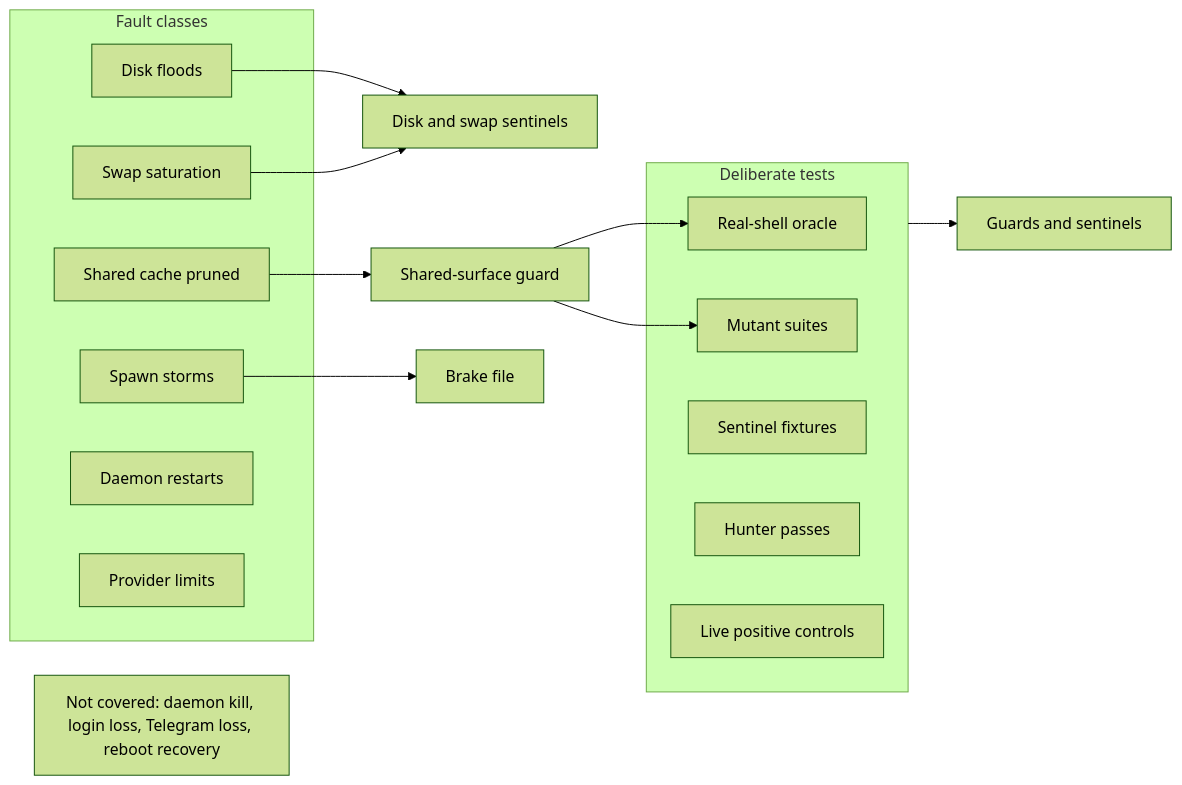
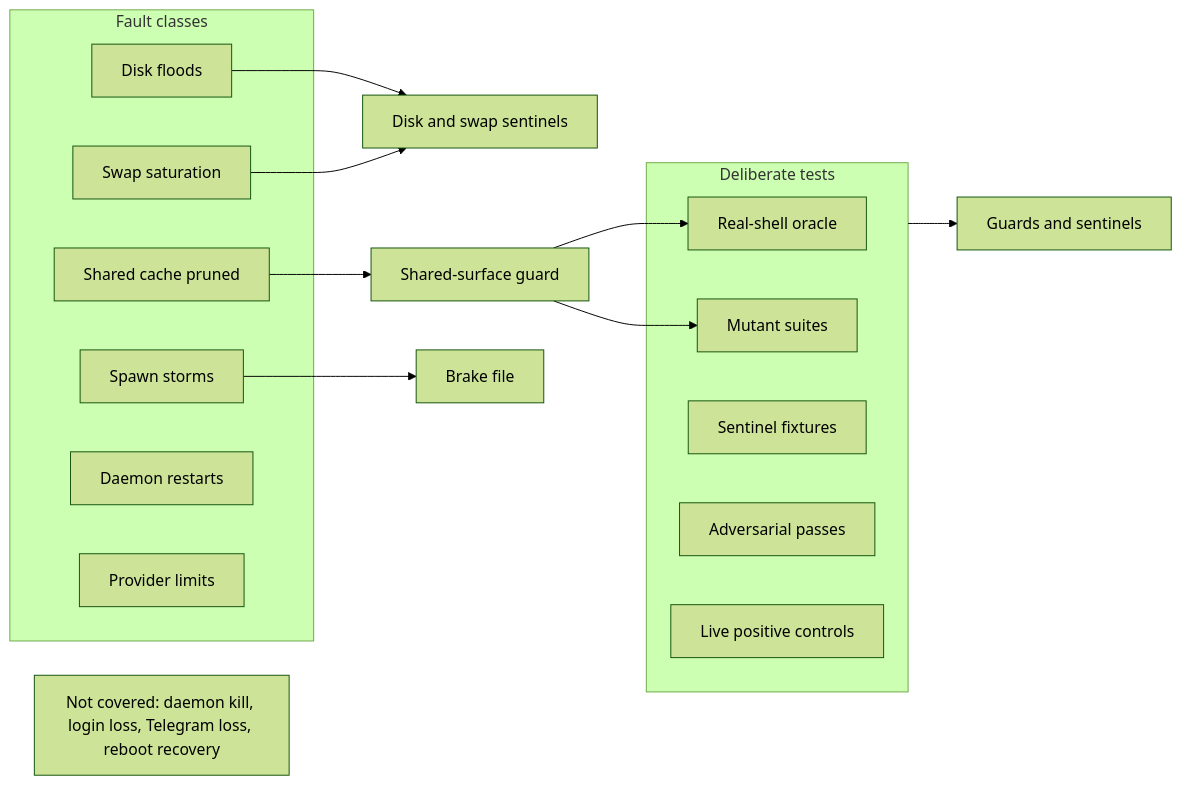
The first of 3 diagrams in docs/42-chaos-telemetry-determinism.md (nicoreincarnate-oss/ogl-cortex), drawn with Mermaid (forest theme) before and after one commit. The commit also changed other lines of this file and 88 other files, not shown here.

First line of the commit message:
Rename to OGL Cortex, memory architecture doc, harness tools, path consistency

````diff
--- a/docs/42-chaos-telemetry-determinism.md
+++ b/docs/42-chaos-telemetry-determinism.md
@@ -59,26 +61,26 @@
 ```mermaid
 flowchart LR
   subgraph Faults["Fault classes"]
     A1["Disk floods"]
     A2["Swap saturation"]
     A3["Spawn storms"]
     A4["Shared cache pruned"]
     A5["Daemon restarts"]
     A6["Provider limits"]
   end
   subgraph Tests["Deliberate tests"]
     D1["Real-shell oracle"]
     D2["Mutant suites"]
     D3["Sentinel fixtures"]
-    D4["Hunter passes"]
+    D4["Adversarial passes"]
     D5["Live positive controls"]
   end
   A1 --> S["Disk and swap sentinels"]
   A2 --> S
   A4 --> G["Shared-surface guard"]
   G --> D1
   G --> D2
   A3 --> B["Brake file"]
   Tests --> T["Guards and sentinels"]
   GAP["Not covered: daemon kill, login loss, Telegram loss, reboot recovery"]
 ```
````
